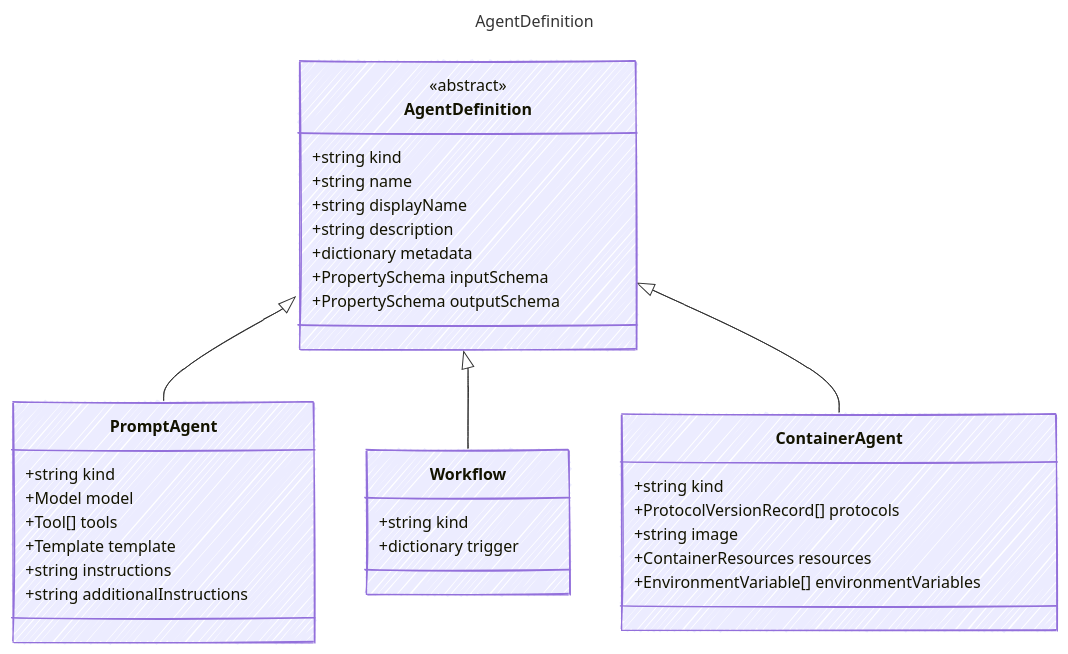
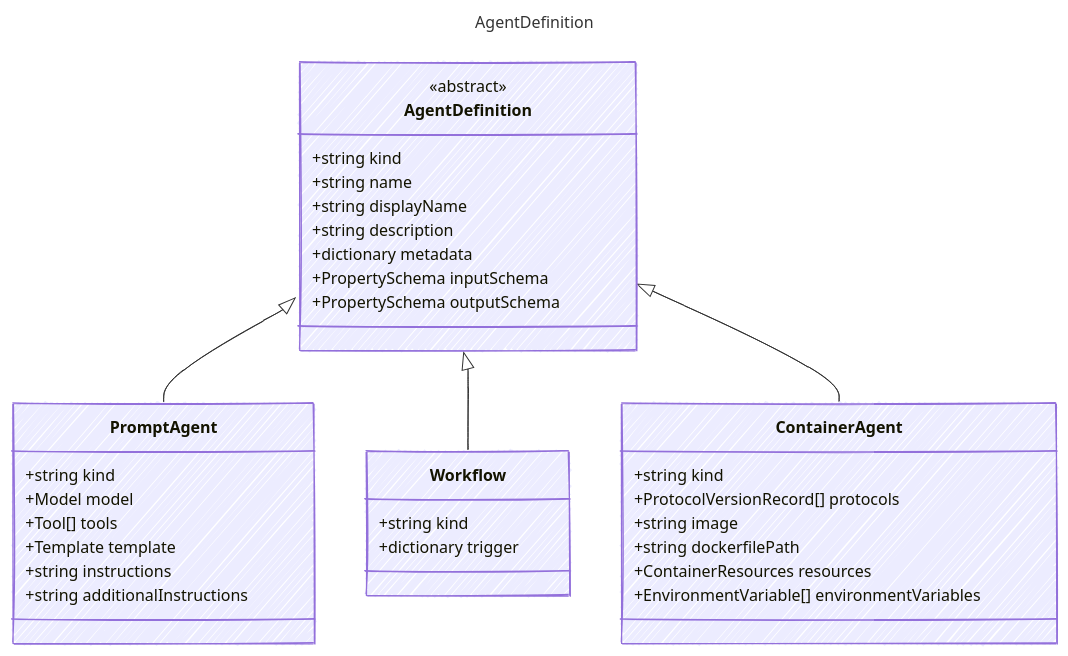
The diagram in docs/src/content/docs/reference/AgentDefinition.md (microsoft/AgentSchema), drawn with Mermaid before and after one commit. The commit also changed 13 other files, not shown here.

Commit message:
feat: add dockerfilePath to containeragent. Needed for dev tools.

````diff
--- a/docs/src/content/docs/reference/AgentDefinition.md
+++ b/docs/src/content/docs/reference/AgentDefinition.md
@@ -14,43 +14,44 @@
 ```mermaid
 ---
 title: AgentDefinition
 config:
   look: handDrawn
   theme: colorful
   class:
     hideEmptyMembersBox: true
 ---
 classDiagram
     class AgentDefinition {
       <<abstract>>
         +string kind
         +string name
         +string displayName
         +string description
         +dictionary metadata
         +PropertySchema inputSchema
         +PropertySchema outputSchema
     }
     class PromptAgent {
         +string kind
         +Model model
         +Tool[] tools
         +Template template
         +string instructions
         +string additionalInstructions
     }
     AgentDefinition <|-- PromptAgent
     class Workflow {
         +string kind
         +dictionary trigger
     }
     AgentDefinition <|-- Workflow
     class ContainerAgent {
         +string kind
         +ProtocolVersionRecord[] protocols
         +string image
+        +string dockerfilePath
         +ContainerResources resources
         +EnvironmentVariable[] environmentVariables
     }
     AgentDefinition <|-- ContainerAgent
 ```
````
